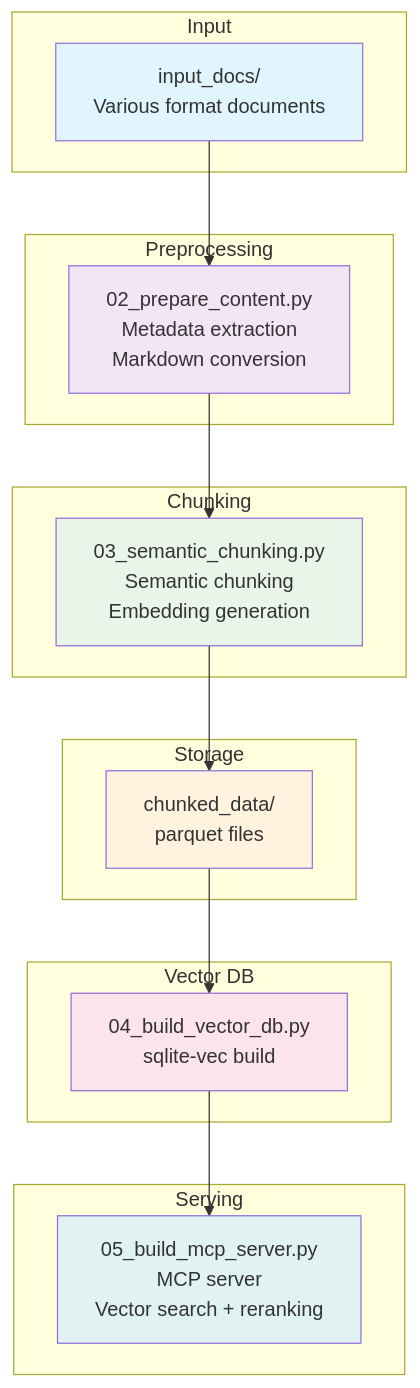
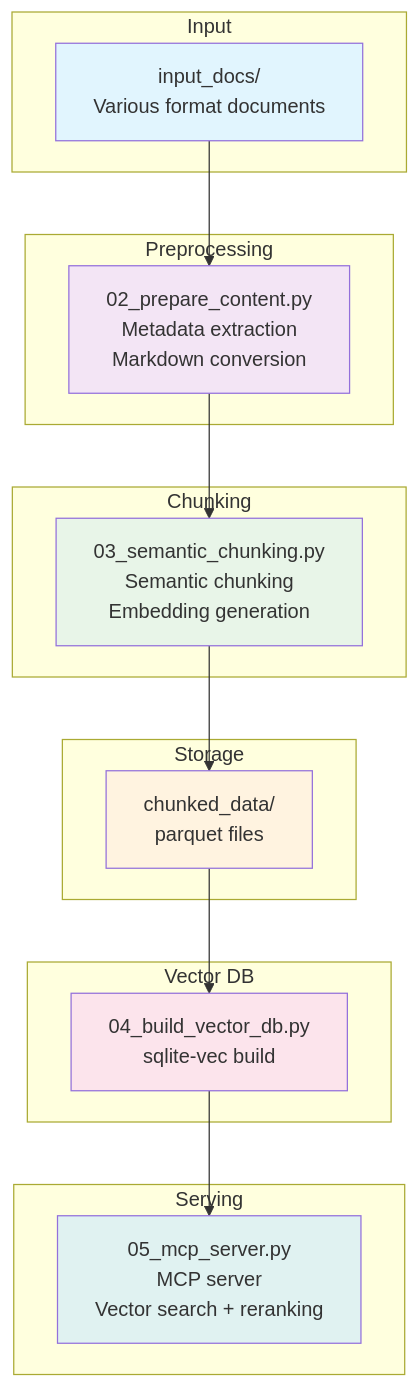
One commit to rkttu/reconsidered_rag changed the diagram in IMPLEMENTATION.md. Above: the diagram before and after it, drawn with Mermaid. The commit also changed other lines of this file and 10 other files, not shown here.

Commit message:
refactor: Rename and update references for MCP server script to 05_mcp_server.py

````diff
--- a/IMPLEMENTATION.md
+++ b/IMPLEMENTATION.md
@@ -11,39 +11,39 @@
 ```mermaid
 flowchart TD
     subgraph "Input"
         A[input_docs/<br/>Various format documents]
     end
     
     subgraph "Preprocessing"
         B[02_prepare_content.py<br/>Metadata extraction<br/>Markdown conversion]
     end
     
     subgraph "Chunking"
         C[03_semantic_chunking.py<br/>Semantic chunking<br/>Embedding generation]
     end
     
     subgraph "Storage"
         D[chunked_data/<br/>parquet files]
     end
     
     subgraph "Vector DB"
         E[04_build_vector_db.py<br/>sqlite-vec build]
     end
     
     subgraph "Serving"
-        F[05_build_mcp_server.py<br/>MCP server<br/>Vector search + reranking]
+        F[05_mcp_server.py<br/>MCP server<br/>Vector search + reranking]
     end
     
     A --> B
     B --> C
     C --> D
     D --> E
     E --> F
     
     style A fill:#e1f5fe
     style B fill:#f3e5f5
     style C fill:#e8f5e8
     style D fill:#fff3e0
     style E fill:#fce4ec
     style F fill:#e0f2f1
 ```
````
